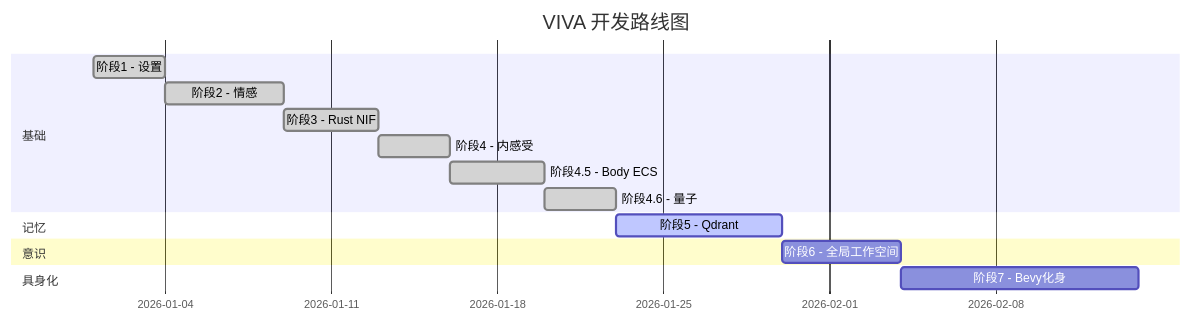
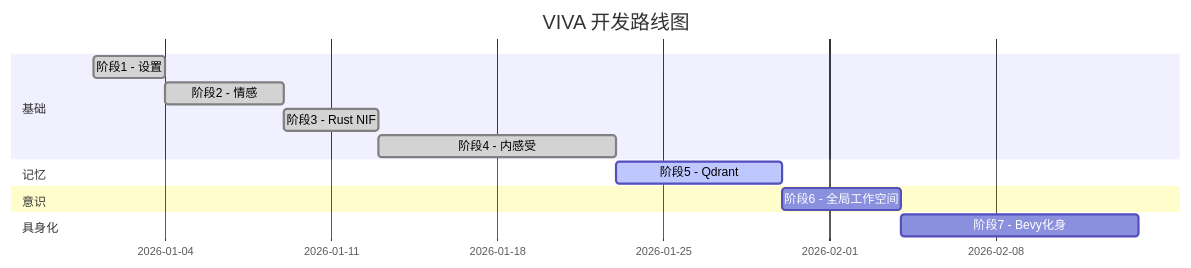
One commit to gabrielmaialva33/viva changed the third of 4 diagrams in docs/zh-cn/explanation/project-status.md. Above: the diagram before and after it, drawn with Mermaid. The commit also changed other lines of this file and 8 other files, not shown here.

First line of the commit message:
docs: consolidate Phase 4 roadmap (remove subfases 4.5/4.6)

````diff
--- a/docs/zh-cn/explanation/project-status.md
+++ b/docs/zh-cn/explanation/project-status.md
@@ -107,22 +107,20 @@
 ```mermaid
 gantt
     title VIVA 开发路线图
     dateFormat YYYY-MM-DD
 
     section 基础
     阶段1 - 设置          :done, p1, 2026-01-01, 3d
     阶段2 - 情感          :done, p2, after p1, 5d
     阶段3 - Rust NIF      :done, p3, after p2, 4d
-    阶段4 - 内感受        :done, p4, after p3, 3d
-    阶段4.5 - Body ECS    :done, p45, after p4, 4d
-    阶段4.6 - 量子        :done, p46, after p45, 3d
+    阶段4 - 内感受        :done, p4, after p3, 10d
 
     section 记忆
-    阶段5 - Qdrant        :active, p5, after p46, 7d
+    阶段5 - Qdrant        :active, p5, after p4, 7d
 
     section 意识
     阶段6 - 全局工作空间   :p6, after p5, 5d
 
     section 具身化
     阶段7 - Bevy化身      :p7, after p6, 10d
 ```
````
